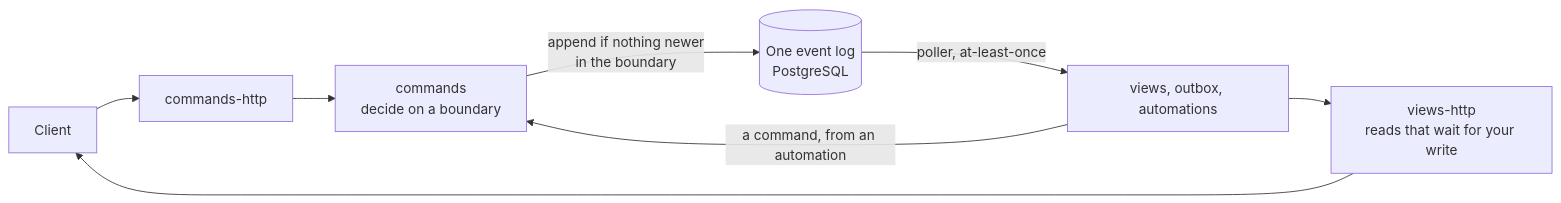
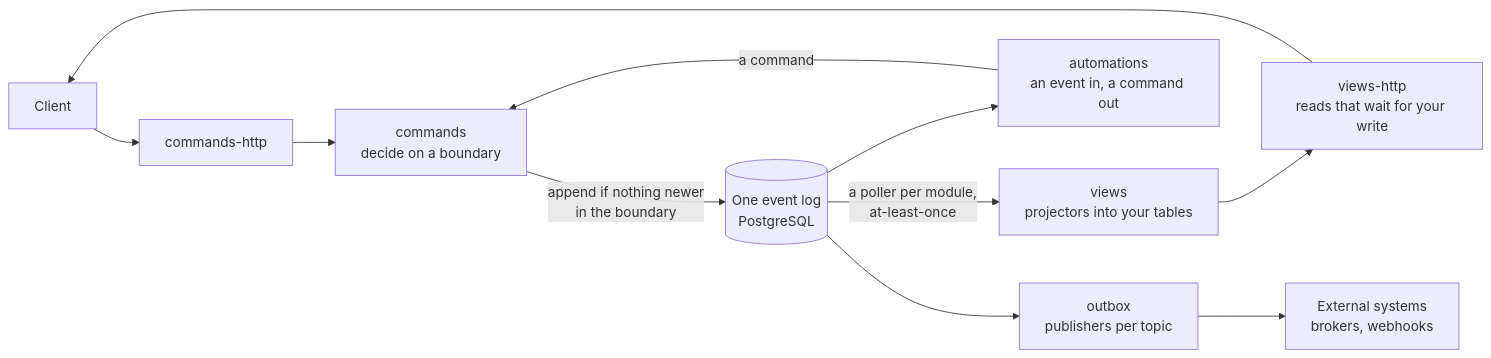
Before and after one commit to rodolfodpk/ts-effect-crablet: the diagram in README.md, drawn with Mermaid. The commit also changed other lines of this file, not shown here.

Commit message:
README: the diagram shows the three modules separately, each with its own output

````diff
--- a/README.md
+++ b/README.md
@@ -26,10 +26,15 @@
 ```mermaid
 flowchart LR
   client["Client"] --> api["commands-http"]
   api --> cmd["commands<br/>decide on a boundary"]
   cmd -- "append if nothing newer<br/>in the boundary" --> log[("One event log<br/>PostgreSQL")]
-  log -- "poller, at-least-once" --> react["views, outbox, automations"]
-  react -- "a command, from an automation" --> cmd
-  react --> read["views-http<br/>reads that wait for your write"]
+
+  log -- "a poller per module,<br/>at-least-once" --> views["views<br/>projectors into your tables"]
+  log --> auto["automations<br/>an event in, a command out"]
+  log --> outbox["outbox<br/>publishers per topic"]
+
+  views --> read["views-http<br/>reads that wait for your write"]
   read --> client
+  auto -- "a command" --> cmd
+  outbox --> ext["External systems<br/>brokers, webhooks"]
 ```
````
